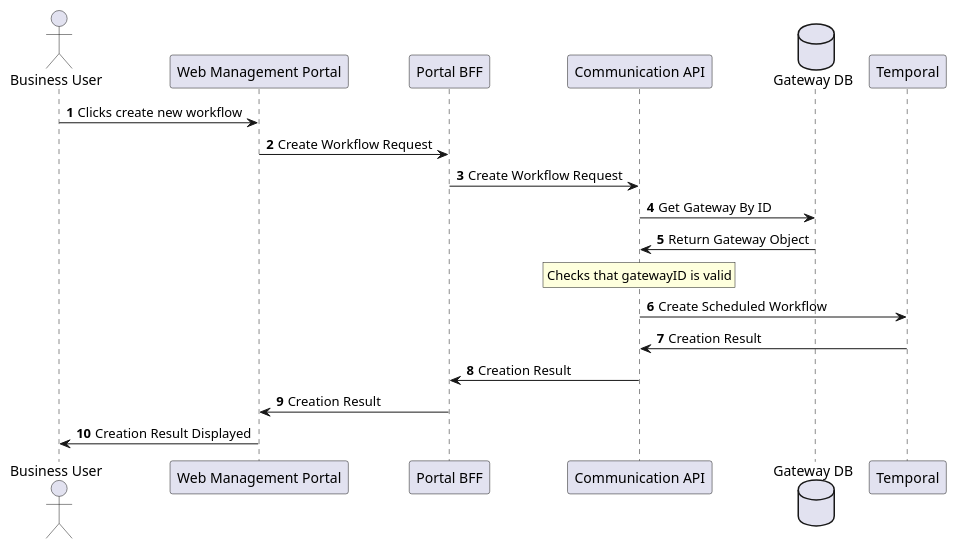
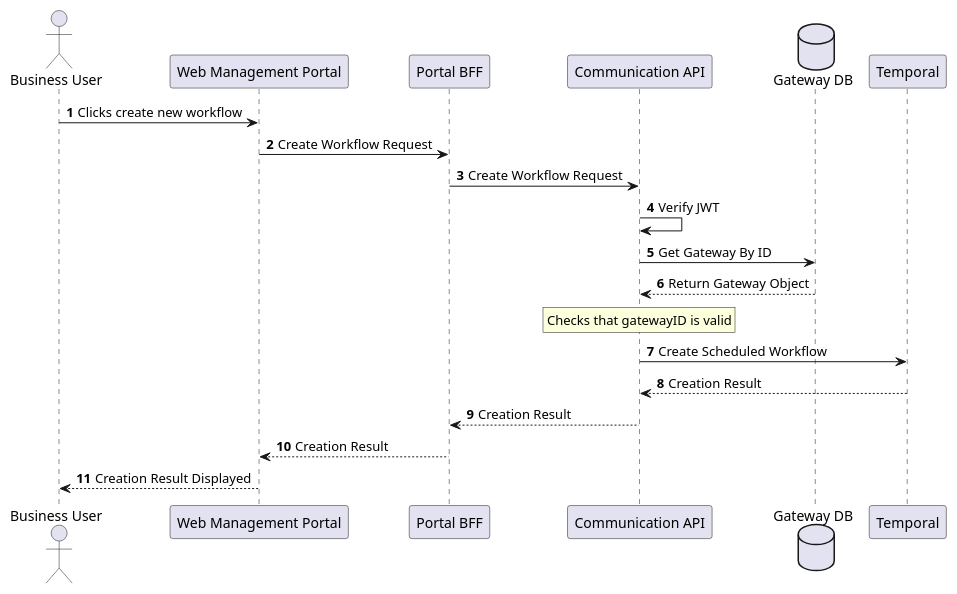
One commit to CameronWard301/communication_scheduler changed the diagram in Designs/Sequence Diagrams/CreateNewWorkflow.puml. Above: the diagram before and after it, drawn with PlantUML. The commit also changed 17 other files, not shown here.

Commit message:
Update/diagram documentation

```diff
--- a/Designs/Sequence Diagrams/CreateNewWorkflow.puml
+++ b/Designs/Sequence Diagrams/CreateNewWorkflow.puml
@@ -1,26 +1,27 @@
 @startuml Create New Workflow
 
 actor "Business User" as bu
 participant "Web Management Portal" as wmp
 participant "Portal BFF" as pbff
 participant "Communication API" as cAPI
 database "Gateway DB" as gwdb
 participant "Temporal" as temporal
 
 autonumber
 
 bu -> wmp: Clicks create new workflow
 wmp -> pbff: Create Workflow Request
 pbff -> cAPI: Create Workflow Request
+cAPI -> cAPI: Verify JWT
 cAPI -> gwdb: Get Gateway By ID
-gwdb -> cAPI: Return Gateway Object
+gwdb --> cAPI: Return Gateway Object
 rnote over cAPI
     Checks that gatewayID is valid
 endrnote
 cAPI -> temporal: Create Scheduled Workflow
-temporal -> cAPI: Creation Result
-cAPI -> pbff: Creation Result
-pbff -> wmp: Creation Result
-wmp -> bu: Creation Result Displayed
+temporal --> cAPI: Creation Result
+cAPI --> pbff: Creation Result
+pbff --> wmp: Creation Result
+wmp --> bu: Creation Result Displayed
 
 @enduml
```
